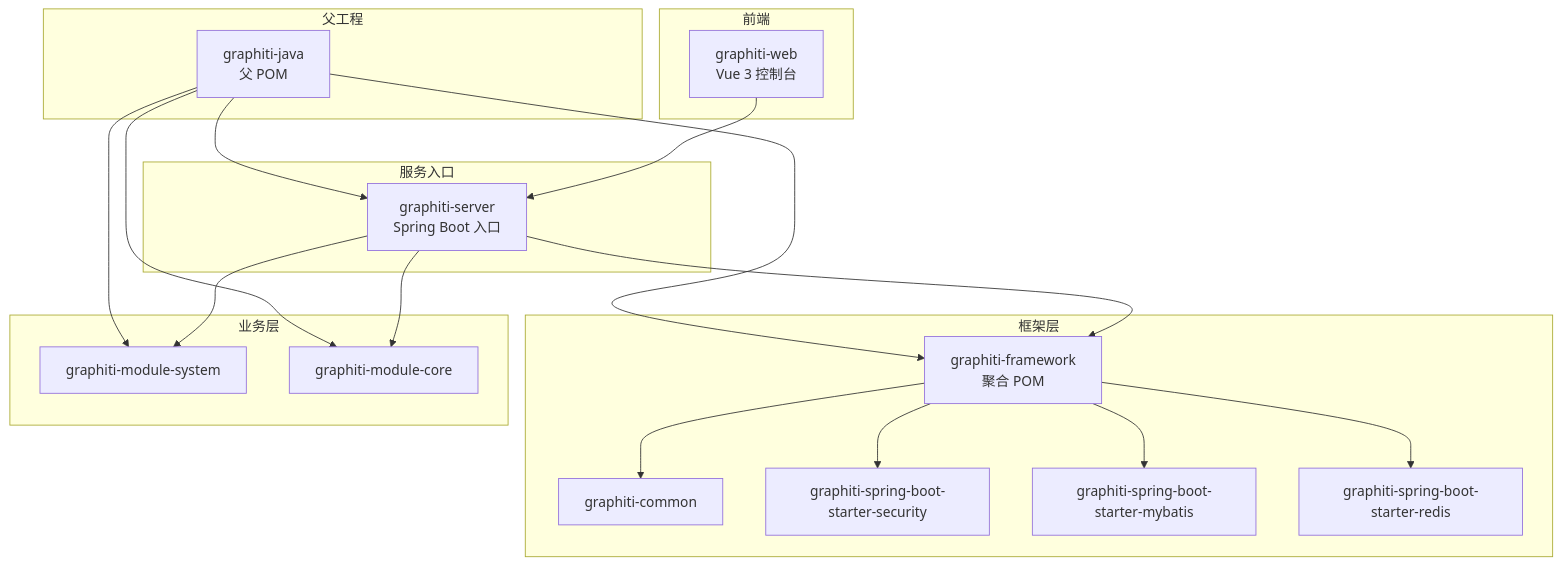
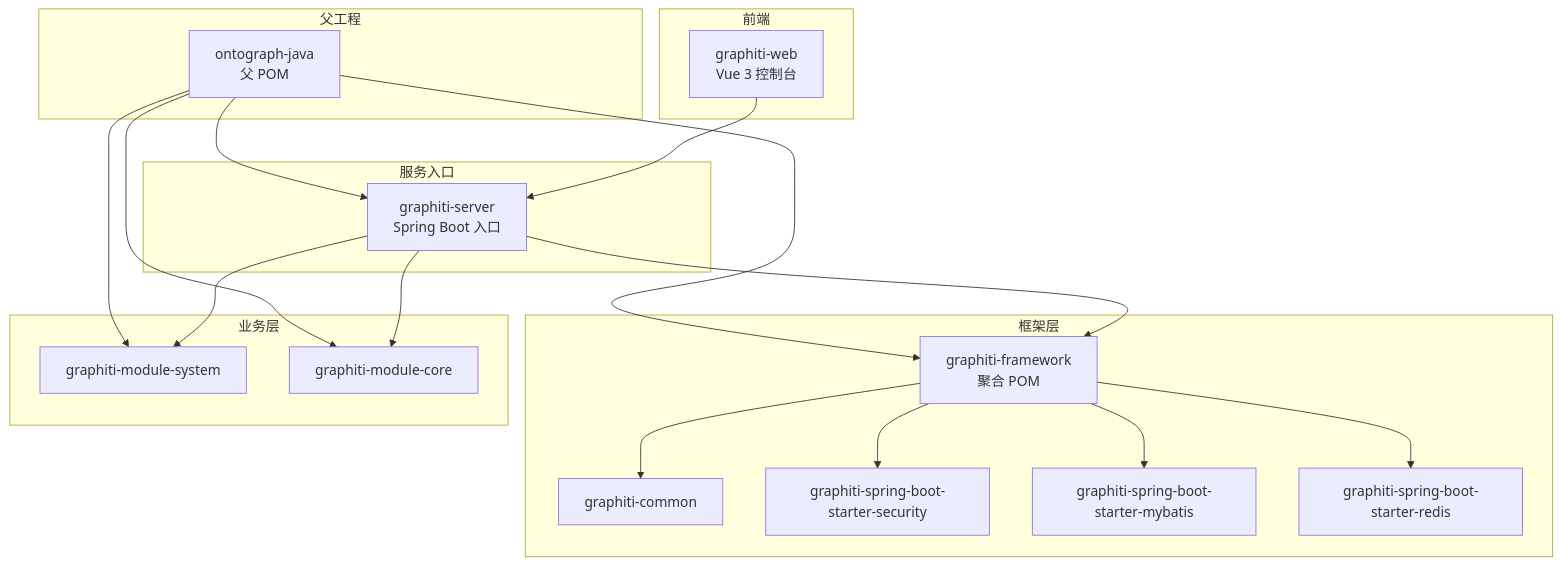
Before and after one commit to joezxh/graphiti-java: the first of 8 diagrams in docs/manual/架构设计/整体架构.md, drawn with Mermaid. The commit also changed other lines of this file and 504 other files, not shown here.

Commit message:
refactor: rename Maven modules from graphiti-* to ontograph-* and update all docs

````diff
--- a/docs/manual/架构设计/整体架构.md
+++ b/docs/manual/架构设计/整体架构.md
@@ -44,35 +44,35 @@
 ```mermaid
 graph TB
 subgraph "父工程"
-ROOT["graphiti-java<br/>父 POM"]
+ROOT["ontograph-java<br/>父 POM"]
 end
 subgraph "框架层"
 FW["graphiti-framework<br/>聚合 POM"]
 COMMON["graphiti-common"]
 SEC["graphiti-spring-boot-starter-security"]
 MB["graphiti-spring-boot-starter-mybatis"]
 REDIS["graphiti-spring-boot-starter-redis"]
 end
 subgraph "业务层"
 SYS["graphiti-module-system"]
 CORE["graphiti-module-core"]
 end
 subgraph "服务入口"
 SERVER["graphiti-server<br/>Spring Boot 入口"]
 end
 subgraph "前端"
 WEB["graphiti-web<br/>Vue 3 控制台"]
 end
 ROOT --> FW
 ROOT --> SYS
 ROOT --> CORE
 ROOT --> SERVER
 FW --> COMMON
 FW --> SEC
 FW --> MB
 FW --> REDIS
 SERVER --> CORE
 SERVER --> SYS
 SERVER --> FW
 WEB --> SERVER
 ```
````
